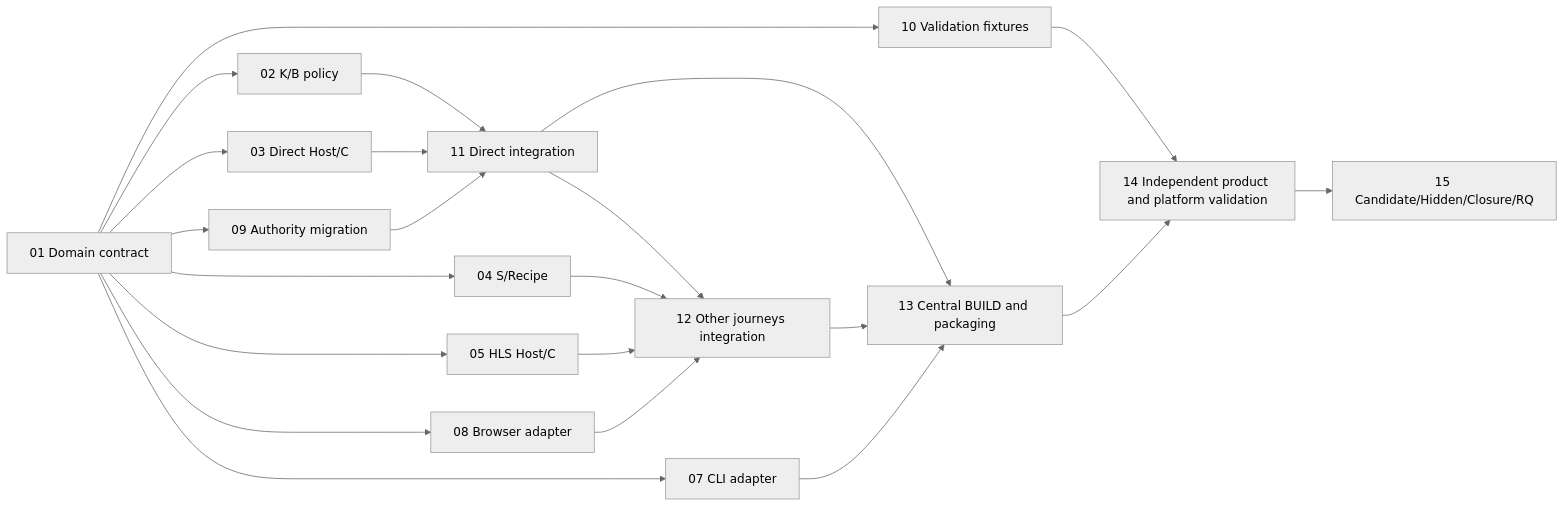
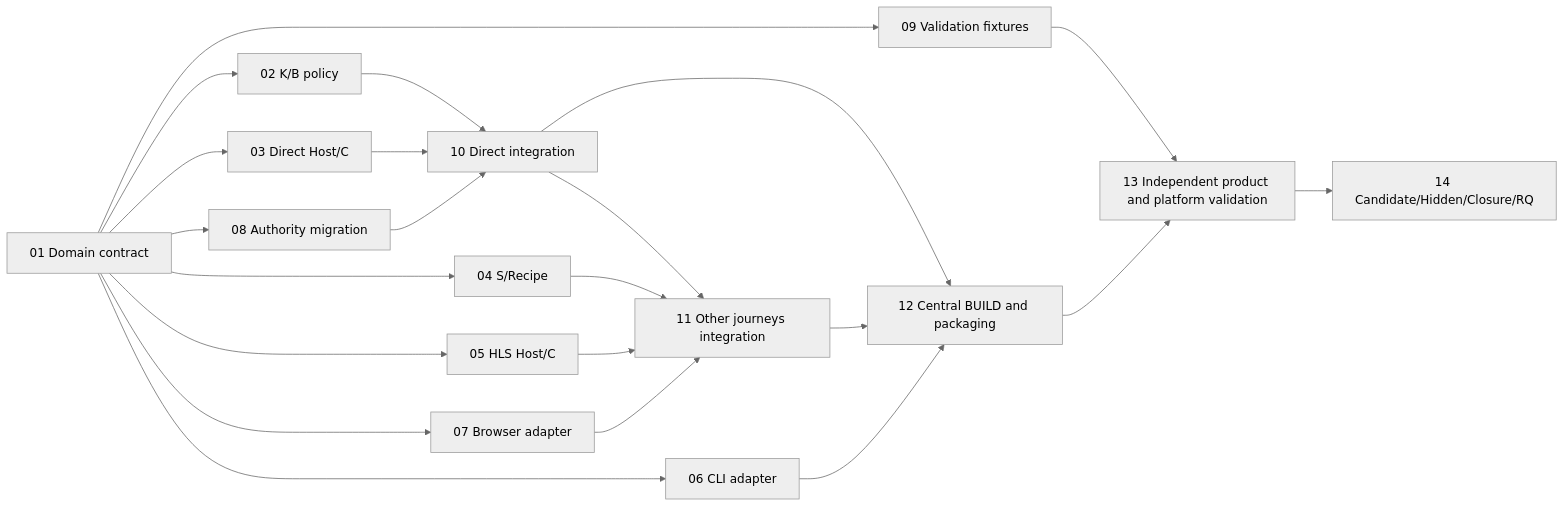
The diagram in docs/implementation/v0.2.0/TASK_DAG_R0.md (kaicreator-mm/xDownload), drawn with Mermaid (neutral theme) before and after one commit.

Commit message:
docs(v0.2): align rendered DAG node labels with renumbered Task IDs (#188)

````diff
--- a/docs/implementation/v0.2.0/TASK_DAG_R0.md
+++ b/docs/implementation/v0.2.0/TASK_DAG_R0.md
@@ -22,24 +22,24 @@
 ```mermaid
 flowchart LR
   T01[01 Domain contract] --> T02[02 K/B policy]
   T01 --> T03[03 Direct Host/C]
   T01 --> T04[04 S/Recipe]
   T01 --> T05[05 HLS Host/C]
-  T01 --> T06[07 CLI adapter]
-  T01 --> T07[08 Browser adapter]
-  T01 --> T08[09 Authority migration]
-  T01 --> T09[10 Validation fixtures]
-  T02 --> T10[11 Direct integration]
+  T01 --> T06[06 CLI adapter]
+  T01 --> T07[07 Browser adapter]
+  T01 --> T08[08 Authority migration]
+  T01 --> T09[09 Validation fixtures]
+  T02 --> T10[10 Direct integration]
   T03 --> T10
   T08 --> T10
-  T10 --> T11[12 Other journeys integration]
+  T10 --> T11[11 Other journeys integration]
   T04 --> T11
   T05 --> T11
   T07 --> T11
-  T10 --> T12[13 Central BUILD and packaging]
+  T10 --> T12[12 Central BUILD and packaging]
   T11 --> T12
   T06 --> T12
-  T09 --> T13[14 Independent product and platform validation]
+  T09 --> T13[13 Independent product and platform validation]
   T12 --> T13
-  T13 --> T14[15 Candidate/Hidden/Closure/RQ]
+  T13 --> T14[14 Candidate/Hidden/Closure/RQ]
 ```
````
